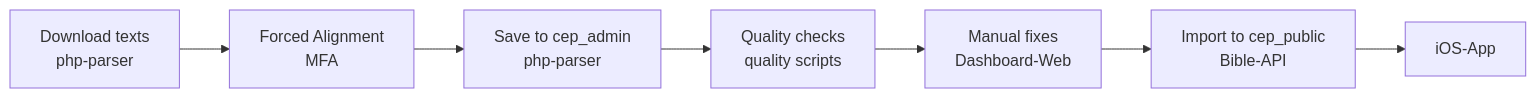
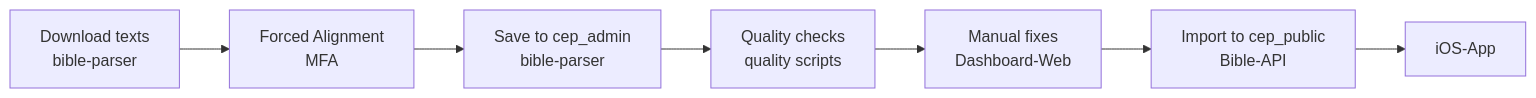
Before and after one commit to Bible-Garden/Architecture: the second of 5 diagrams in architecture.md, drawn with Mermaid. The commit also changed other lines of this file, not shown here.

````diff
--- a/architecture.md
+++ b/architecture.md
@@ -53,9 +53,9 @@
 ```mermaid
 flowchart LR
-    A[Download texts<br/>php-parser] --> B[Forced Alignment<br/>MFA]
-    B --> C[Save to cep_admin<br/>php-parser]
+    A[Download texts<br/>bible-parser] --> B[Forced Alignment<br/>MFA]
+    B --> C[Save to cep_admin<br/>bible-parser]
     C --> D[Quality checks<br/>quality scripts]
     D --> E[Manual fixes<br/>Dashboard-Web]
     E --> F[Import to cep_public<br/>Bible-API]
     F --> G[iOS-App]
 ```
````
